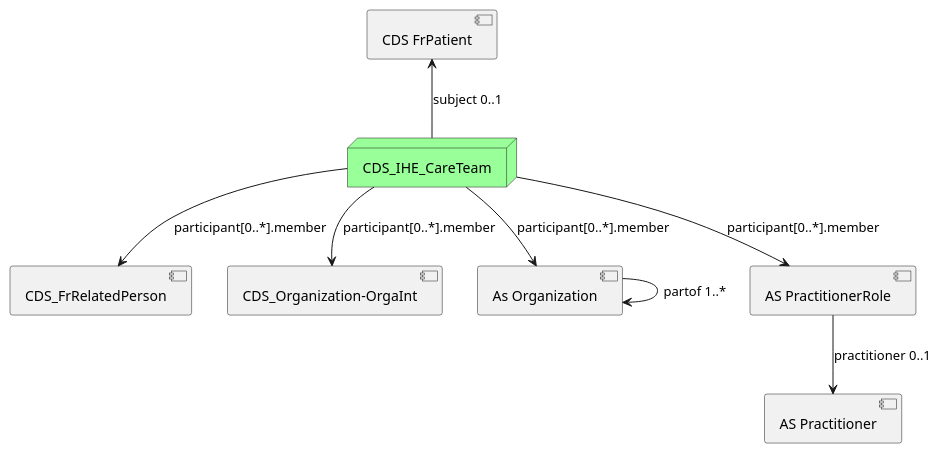
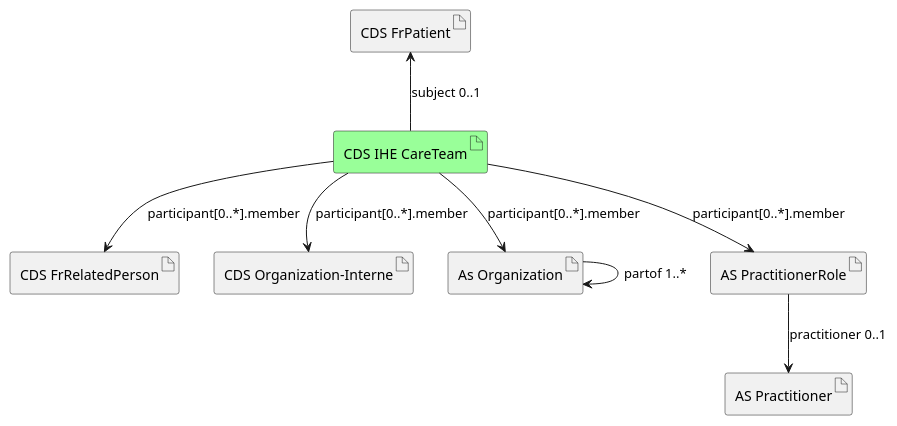
The diagram in input/images-source/document-overview.plantuml (ansforge/IG-fhir-cercle-de-soins), drawn with PlantUML before and after one commit.

Commit message:
update puml

```diff
--- a/input/images-source/document-overview.plantuml
+++ b/input/images-source/document-overview.plantuml
@@ -1,44 +1,45 @@
-@startuml
+@startuml document-overview
 
-component "CDS FrPatient" as patient
-node "CDS_IHE_CareTeam" as careteam #99FF99
+artifact "CDS FrPatient" as patient
+artifact "CDS IHE CareTeam" as careteam #99FF99
 
-component "CDS_FrRelatedPerson" as cdsfrrelatedperson
-component "CDS_Organization-OrgaInt" as cdsorganization
-component "As Organization" as asorganization
-component "AS Practitioner" as aspractitioner
-component "AS PractitionerRole" as aspractitionerrole
+artifact "CDS FrRelatedPerson" as cdsfrrelatedperson
+artifact "CDS Organization-Interne" as cdsorganization
+artifact "As Organization" as asorganization
+artifact "AS Practitioner" as aspractitioner
+artifact "AS PractitionerRole" as aspractitionerrole
 
 url of patient is [[StructureDefinition-cds-fr-patient.html]]
 url of cdsfrrelatedperson is [[StructureDefinition-cds-fr-related-person.html]]
 url of careteam is [[StructureDefinition-cds-ihe-careteam.html]]
-url of cdsorganization is [[StructureDefinition-cds-organization-orga-int.html]]
+url of cdsorganization is [[StructureDefinition-cds-organization-interne.html]]
 
-' ##########
+' ###########
 ' # Patient #
-' ##########
+' ###########
 patient <-- careteam : subject 0..1
 
 
 ' ############
 ' # careteam #
 ' ############
 careteam --> cdsfrrelatedperson : participant[0..*].member
 careteam --> cdsorganization : participant[0..*].member
 careteam --> asorganization : participant[0..*].member
 careteam --> aspractitionerrole : participant[0..*].member
 
 ' ##################
 ' # frorganization #
 ' ##################
 asorganization --> asorganization : partof 1..*
 
 
-' ################
+' Dans le schéma initial, il y a d'autres relations qui n'ont pas été tracées : Lien entre orgaint et FrOrganization, Lien entre practitionerrole et organization.
+
+
+' ####################
 ' # practitionerrole #
-' ################
+' ####################
 aspractitionerrole -->  aspractitioner : practitioner 0..1
 
-' Dans le schéma initial, il y a d'autres relations qui n'ont pas été tracées : Lien entre orgaint et FrOrganization, Lien entre practitionerrole et organization. Leur précision a été considérée inutile.
-
 @enduml
```
